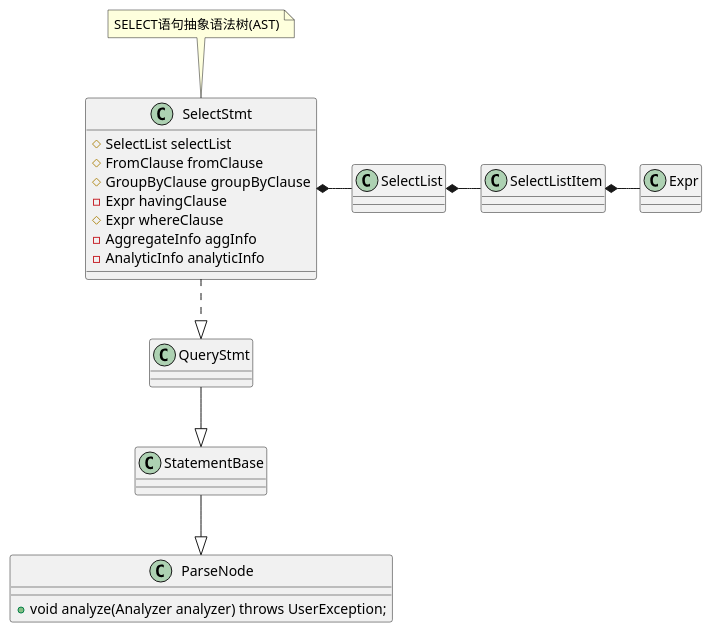
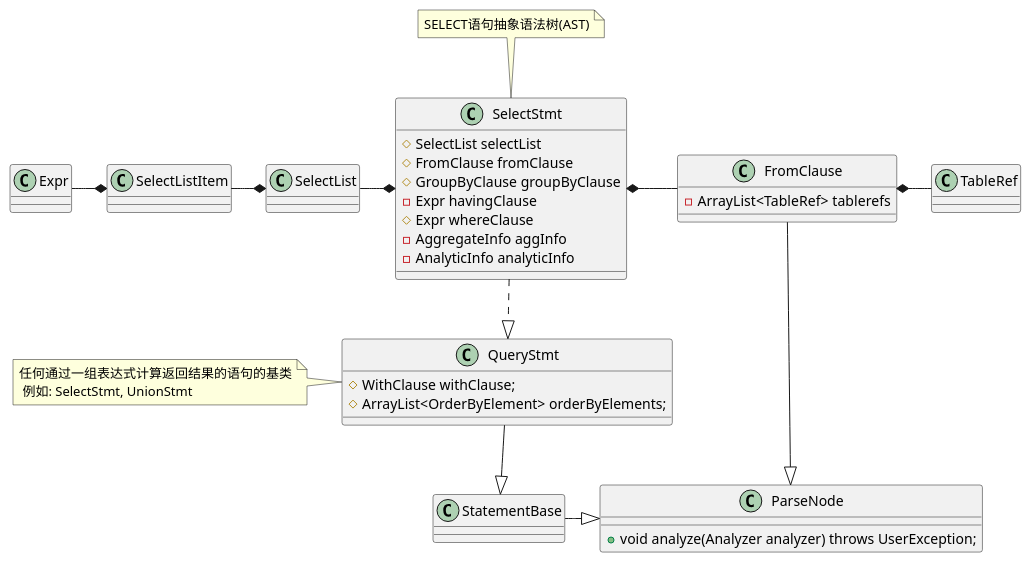
One commit to DepInjoy/geektime changed the first of 2 diagrams in doc/DB/Doris/SourceRead/Nereids.md. Above: the diagram before and after it, drawn with PlantUML. The commit also changed other lines of this file, not shown here.

````diff
--- a/doc/DB/Doris/SourceRead/Nereids.md
+++ b/doc/DB/Doris/SourceRead/Nereids.md
@@ -215,24 +217,39 @@
 ```plantuml
 @startuml
 class SelectStmt {
     # SelectList selectList
     # FromClause fromClause
     # GroupByClause groupByClause
     - Expr havingClause
     # Expr whereClause
     - AggregateInfo aggInfo
     - AnalyticInfo analyticInfo
 }
 note top : SELECT语句抽象语法树(AST)
 
+class QueryStmt {
+    # WithClause withClause;
+    # ArrayList<OrderByElement> orderByElements;
+}
+note left : 任何通过一组表达式计算返回结果的语句的基类\n 例如: SelectStmt, UnionStmt
+
 class ParseNode {
     + void analyze(Analyzer analyzer) throws UserException;
 }
+
+class FromClause {
+    - ArrayList<TableRef> tablerefs
+}
 QueryStmt -down-|> StatementBase
-StatementBase -down-|> ParseNode
+StatementBase -right-|> ParseNode
+
+FromClause -left-*SelectStmt
+FromClause -|> ParseNode
+TableRef -left-* FromClause
+
 SelectStmt -down.|> QueryStmt
-SelectList -left-* SelectStmt
-SelectListItem -left-* SelectList
-Expr -left-* SelectListItem
+SelectList -right-* SelectStmt
+SelectListItem -right-* SelectList
+Expr -* SelectListItem
 @enduml
 ```
````
